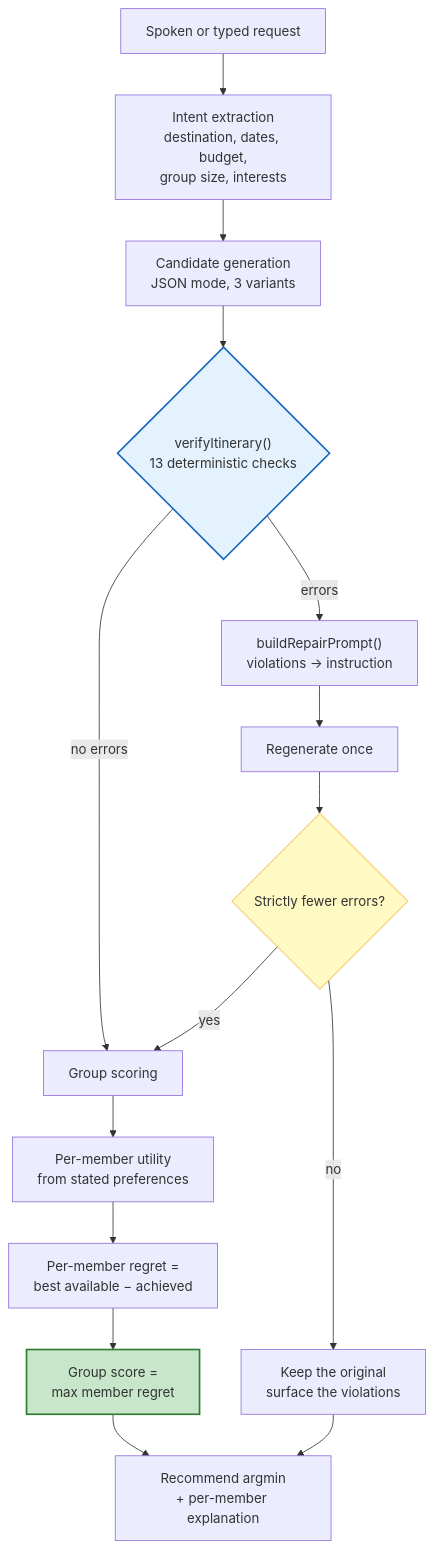
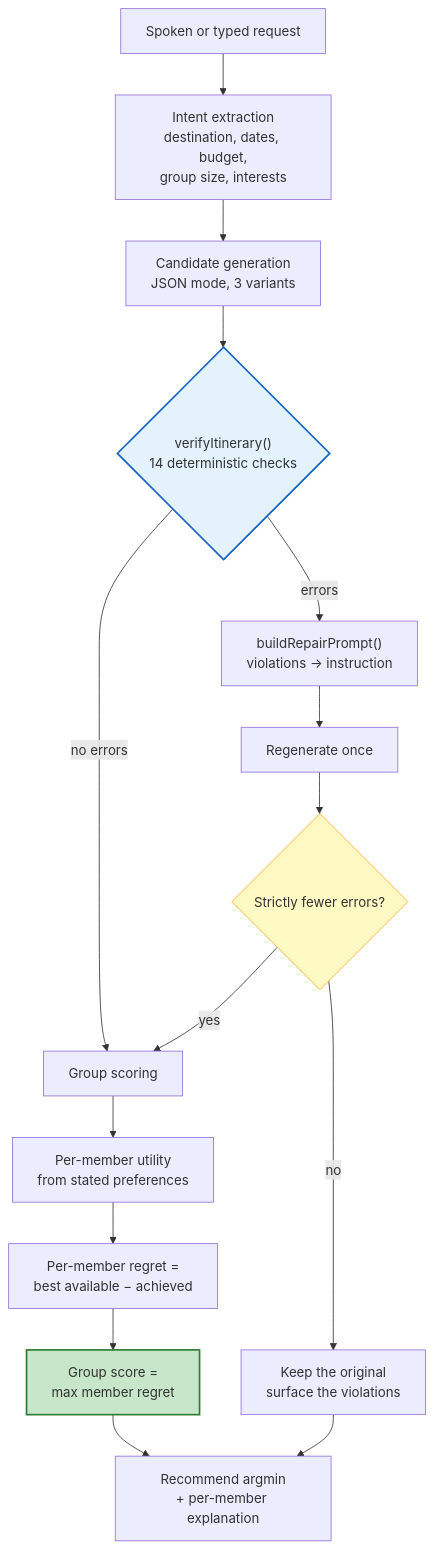
The diagram in docs/REPORT.md (HarshTambade/Radiator-Routes), drawn with Mermaid before and after one commit. The commit also changed other lines of this file and 13 other files, not shown here.

````diff
--- a/docs/REPORT.md
+++ b/docs/REPORT.md
@@ -226,21 +226,21 @@
 ```mermaid
 flowchart TB
     A["Spoken or typed request"] --> B["Intent extraction<br/>destination, dates, budget,<br/>group size, interests"]
     B --> C["Candidate generation<br/>JSON mode, 3 variants"]
-    C --> D{"verifyItinerary()<br/>13 deterministic checks"}
+    C --> D{"verifyItinerary()<br/>14 deterministic checks"}
     D -->|"no errors"| G["Group scoring"]
     D -->|"errors"| E["buildRepairPrompt()<br/>violations → instruction"]
     E --> F["Regenerate once"]
     F --> H{"Strictly fewer errors?"}
     H -->|"yes"| G
     H -->|"no"| I["Keep the original<br/>surface the violations"]
     G --> J["Per-member utility<br/>from stated preferences"]
     J --> K["Per-member regret =<br/>best available − achieved"]
     K --> L["Group score =<br/>max member regret"]
     L --> M["Recommend argmin<br/>+ per-member explanation"]
     I --> M
 
     style D fill:#e3f2fd,stroke:#1565c0,stroke-width:2px
     style H fill:#fff9c4,stroke:#f9a825
     style L fill:#c8e6c9,stroke:#2e7d32,stroke-width:2px
 ```
````
